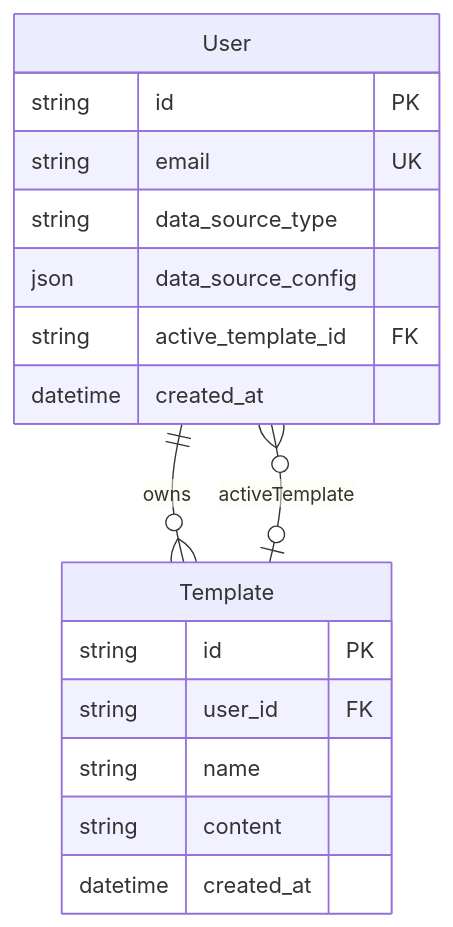
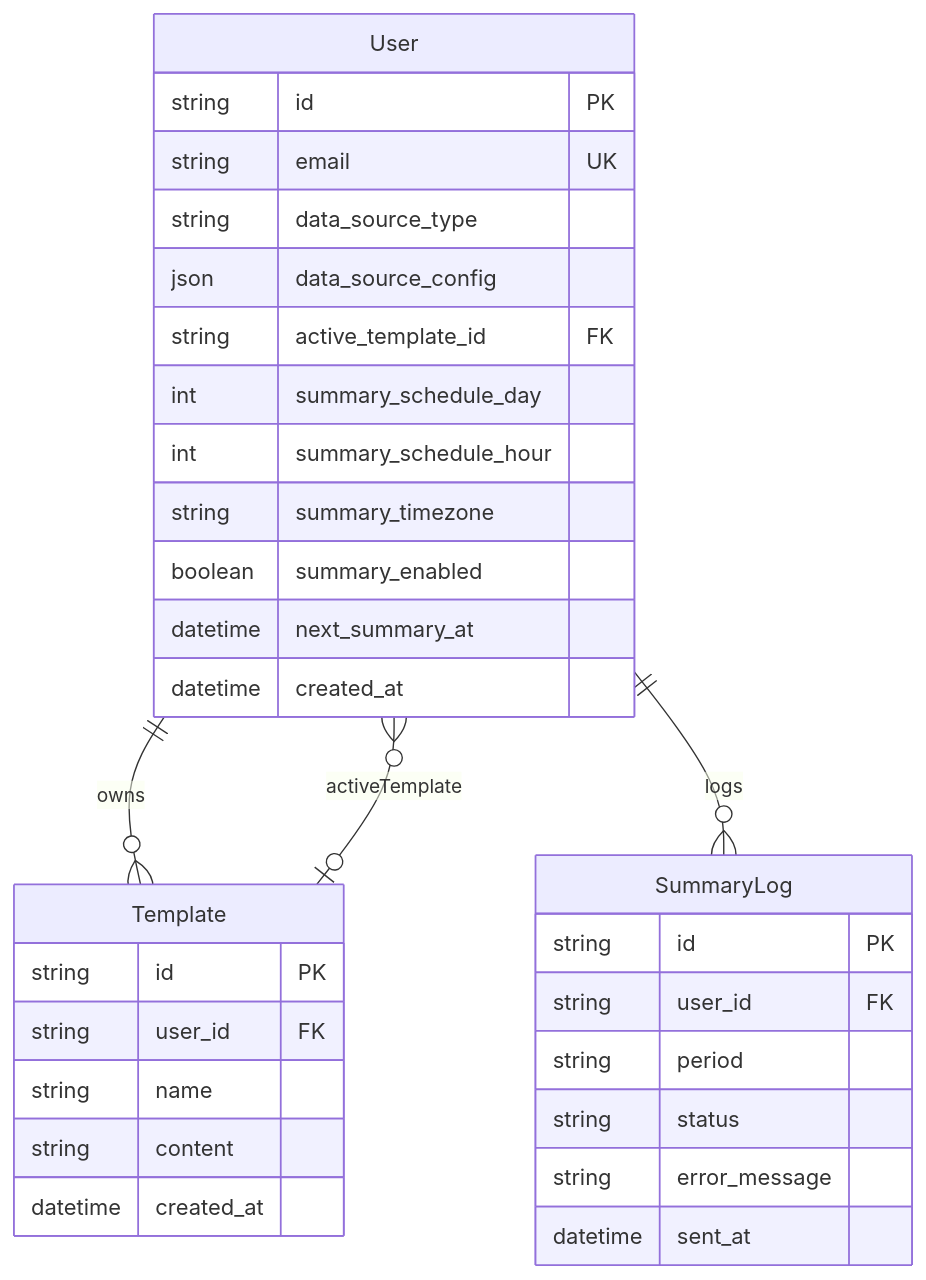
Before and after one commit to PatrykS-ORG/expenses-tracking-backend: the diagram in docs/database.md, drawn with Mermaid. The commit also changed other lines of this file and 35 other files, not shown here.

````diff
--- a/docs/database.md
+++ b/docs/database.md
@@ -76,20 +112,34 @@
 ```mermaid
 erDiagram
   User ||--o{ Template : owns
   User }o--o| Template : activeTemplate
+  User ||--o{ SummaryLog : logs
   User {
     string id PK
     string email UK
     string data_source_type
     json data_source_config
     string active_template_id FK
+    int summary_schedule_day
+    int summary_schedule_hour
+    string summary_timezone
+    boolean summary_enabled
+    datetime next_summary_at
     datetime created_at
   }
   Template {
     string id PK
     string user_id FK
     string name
     string content
     datetime created_at
   }
+  SummaryLog {
+    string id PK
+    string user_id FK
+    string period
+    string status
+    string error_message
+    datetime sent_at
+  }
 ```
````
